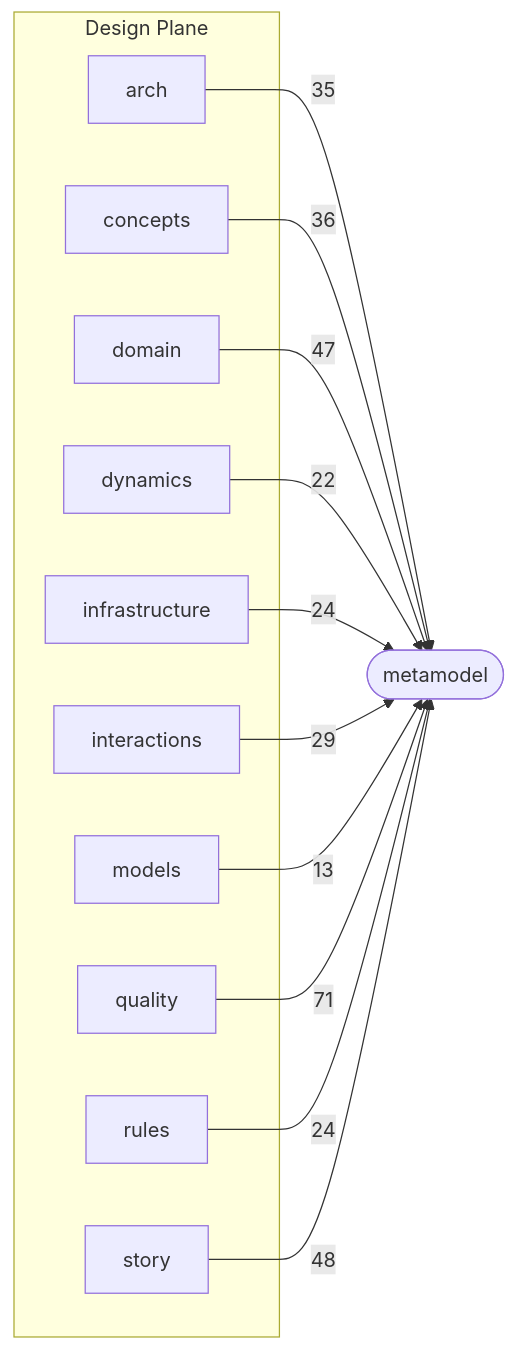
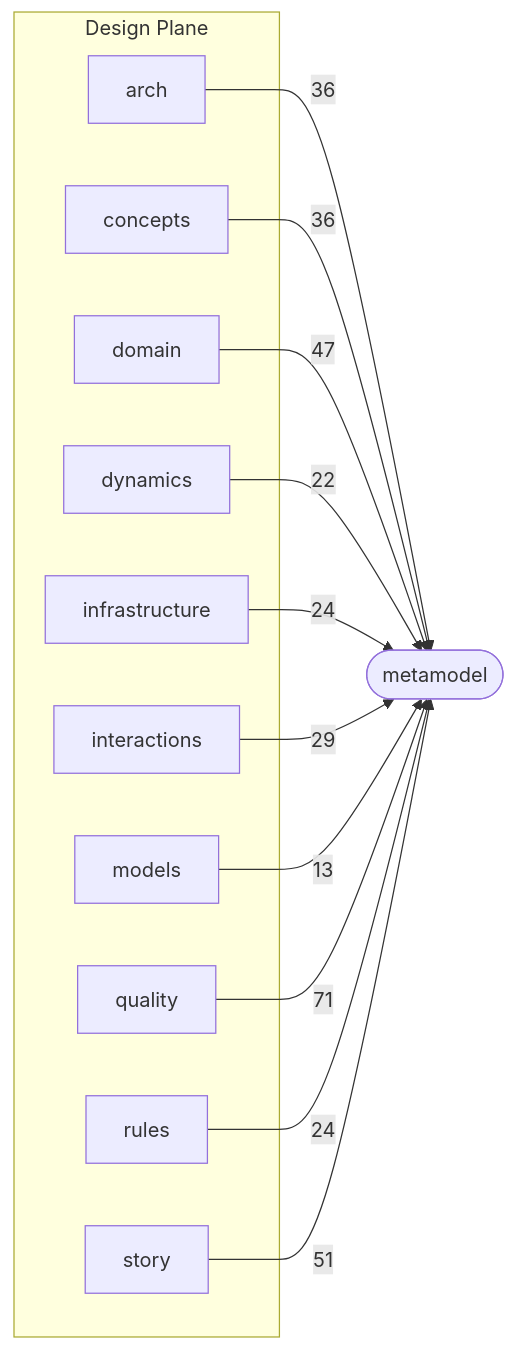
One commit to Archally/blueprint-schema changed the second of 3 diagrams in docs/schema-atlas/v2.7/layer-map.md. Above: the diagram before and after it, drawn with Mermaid. The commit also changed other lines of this file and 11 other files, not shown here.

````diff
--- a/docs/schema-atlas/v2.7/layer-map.md
+++ b/docs/schema-atlas/v2.7/layer-map.md
@@ -90,26 +90,26 @@
 ```mermaid
 graph LR
     subgraph design_plane["Design Plane"]
         design_arch_schema_yaml["arch"]
         design_concepts_schema_yaml["concepts"]
         design_domain_schema_yaml["domain"]
         design_dynamics_schema_yaml["dynamics"]
         design_infrastructure_schema_yaml["infrastructure"]
         design_interactions_schema_yaml["interactions"]
         design_models_schema_yaml["models"]
         design_quality_schema_yaml["quality"]
         design_rules_schema_yaml["rules"]
         design_story_schema_yaml["story"]
     end
     metamodel_schema_yaml(["metamodel"])
-    design_arch_schema_yaml -->|35| metamodel_schema_yaml
+    design_arch_schema_yaml -->|36| metamodel_schema_yaml
     design_concepts_schema_yaml -->|36| metamodel_schema_yaml
     design_domain_schema_yaml -->|47| metamodel_schema_yaml
     design_dynamics_schema_yaml -->|22| metamodel_schema_yaml
     design_infrastructure_schema_yaml -->|24| metamodel_schema_yaml
     design_interactions_schema_yaml -->|29| metamodel_schema_yaml
     design_models_schema_yaml -->|13| metamodel_schema_yaml
     design_quality_schema_yaml -->|71| metamodel_schema_yaml
     design_rules_schema_yaml -->|24| metamodel_schema_yaml
-    design_story_schema_yaml -->|48| metamodel_schema_yaml
+    design_story_schema_yaml -->|51| metamodel_schema_yaml
 ```
````
